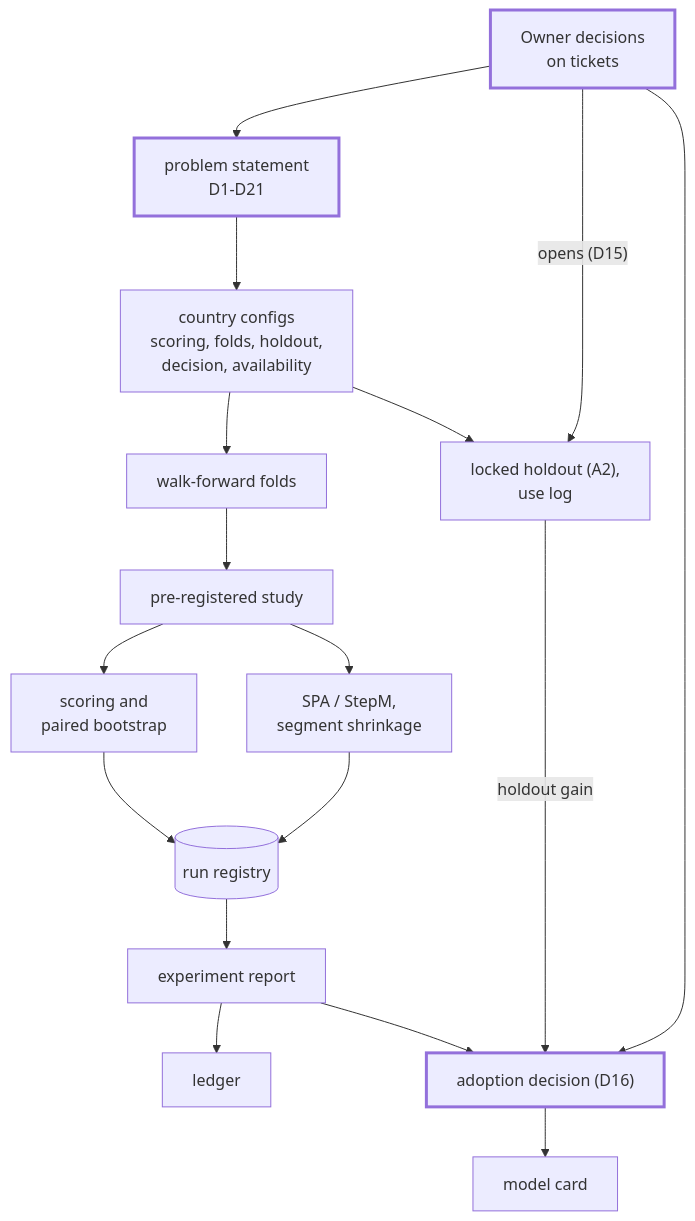
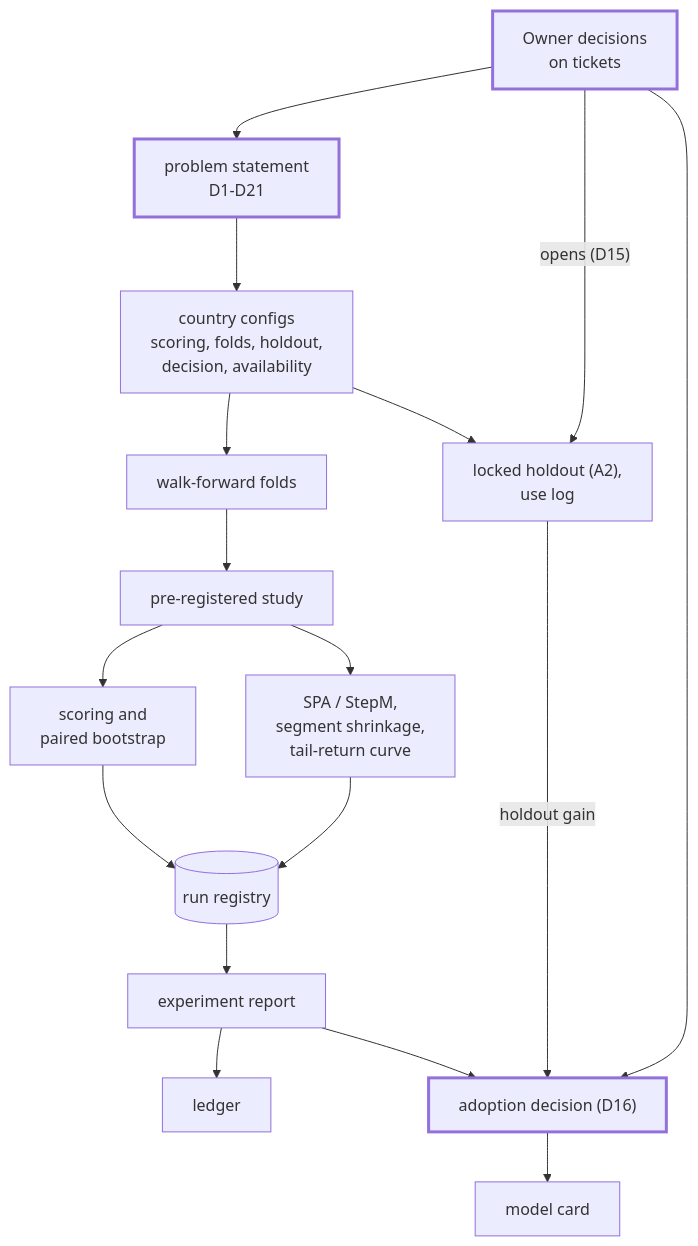
Before and after one commit to rjeskuri/HorseTrackBetting: the sixth of 7 diagrams in docs/architecture.md, drawn with Mermaid. The commit also changed other lines of this file and 3 other files, not shown here.

First line of the commit message:
Add the core/eval tail-return curve by claimed value (#433)

````diff
--- a/docs/architecture.md
+++ b/docs/architecture.md
@@ -296,30 +296,30 @@
 ```mermaid
 flowchart TD
   own["Owner decisions<br>on tickets"]
   ps["problem statement<br>D1-D21"]
   cfg["country configs<br>scoring, folds, holdout,<br>decision, availability"]
   hold["locked holdout (A2),<br>use log"]
   folds["walk-forward folds"]
   study["pre-registered study"]
   score["scoring and<br>paired bootstrap"]
-  snoop["SPA / StepM,<br>segment shrinkage"]
+  snoop["SPA / StepM,<br>segment shrinkage,<br>tail-return curve"]
   reg[("run registry")]
   rep["experiment report"]
   ledger["ledger"]
   adopt["adoption decision (D16)"]
   card["model card"]
   own --> ps --> cfg
   cfg --> folds
   cfg --> hold
   own -->|"opens (D15)"| hold
   folds --> study
   study --> score --> reg
   study --> snoop --> reg
   reg --> rep
   rep --> ledger
   rep --> adopt
   hold -->|"holdout gain"| adopt
   own --> adopt --> card
   classDef owner stroke-width:3px
   class own,ps,adopt owner
 ```
````
